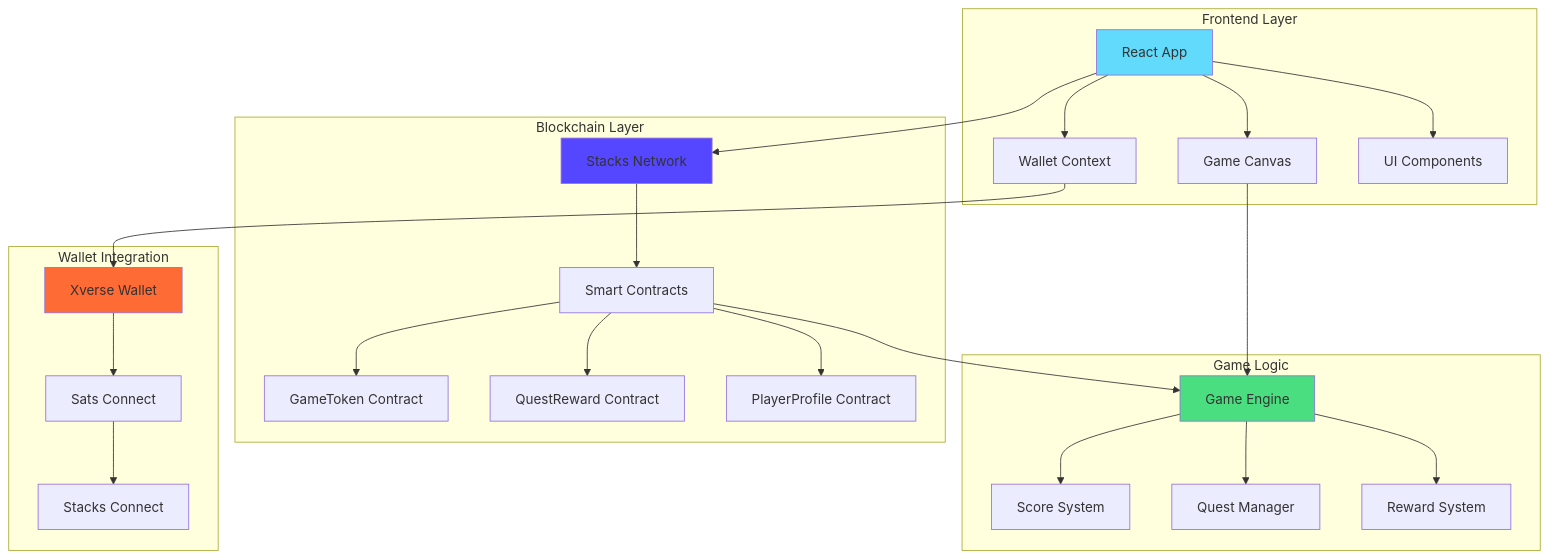
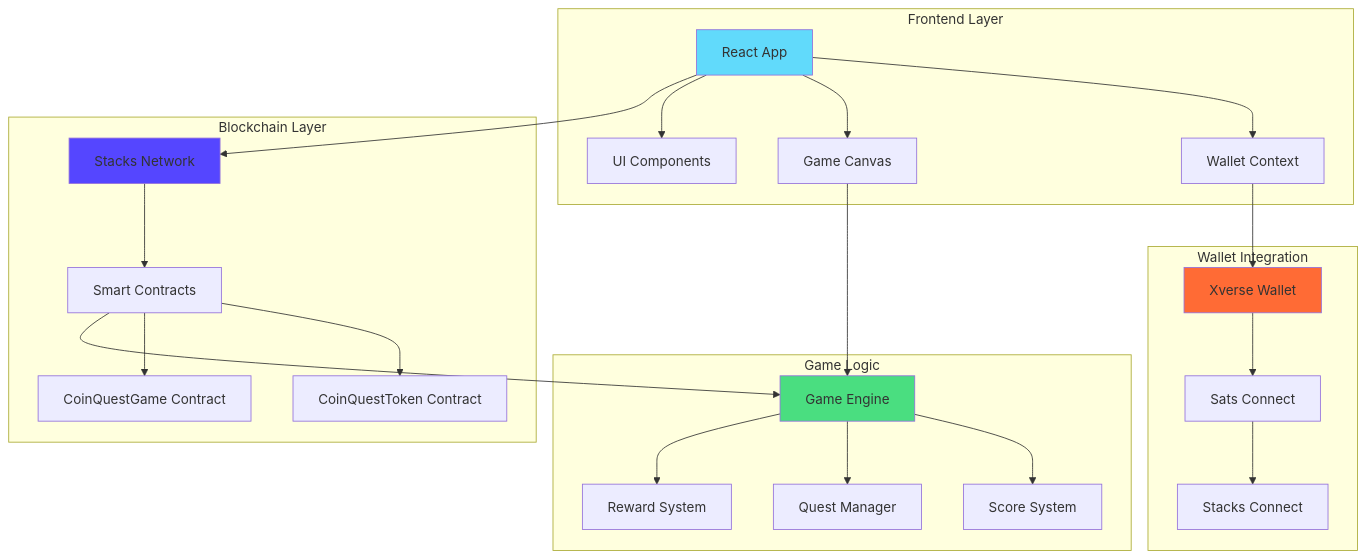
One commit to KezzyNgotho/SKYRUN changed the first of 4 diagrams in README.md. Above: the diagram before and after it, drawn with Mermaid. The commit also changed other lines of this file and 30 other files, not shown here.

````diff
--- a/README.md
+++ b/README.md
@@ -38,36 +38,35 @@
 ```mermaid
 graph TB
     subgraph "Frontend Layer"
         A[React App] --> B[Wallet Context]
         A --> C[Game Canvas]
         A --> D[UI Components]
     end
     
     subgraph "Blockchain Layer"
         E[Stacks Network] --> F[Smart Contracts]
-        F --> G[GameToken Contract]
-        F --> H[QuestReward Contract]
-        F --> I[PlayerProfile Contract]
+        F --> G[CoinQuestToken Contract]
+        F --> H[CoinQuestGame Contract]
     end
     
     subgraph "Wallet Integration"
         J[Xverse Wallet] --> K[Sats Connect]
         K --> L[Stacks Connect]
     end
     
     subgraph "Game Logic"
         M[Game Engine] --> N[Score System]
         M --> O[Quest Manager]
         M --> P[Reward System]
     end
     
     A --> E
     B --> J
     C --> M
     F --> M
     
     style A fill:#61dafb
     style E fill:#5546ff
     style J fill:#ff6b35
     style M fill:#4ade80
 ```
````
